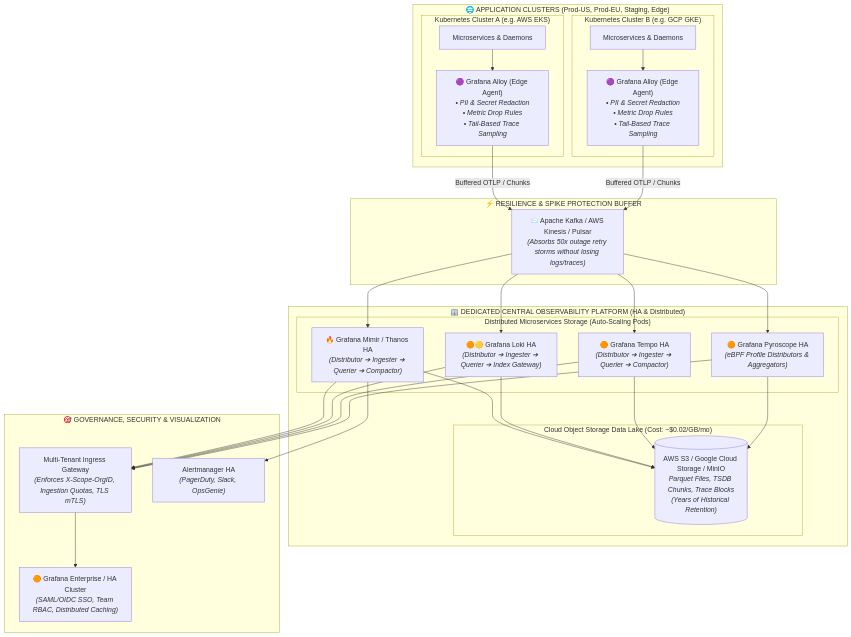
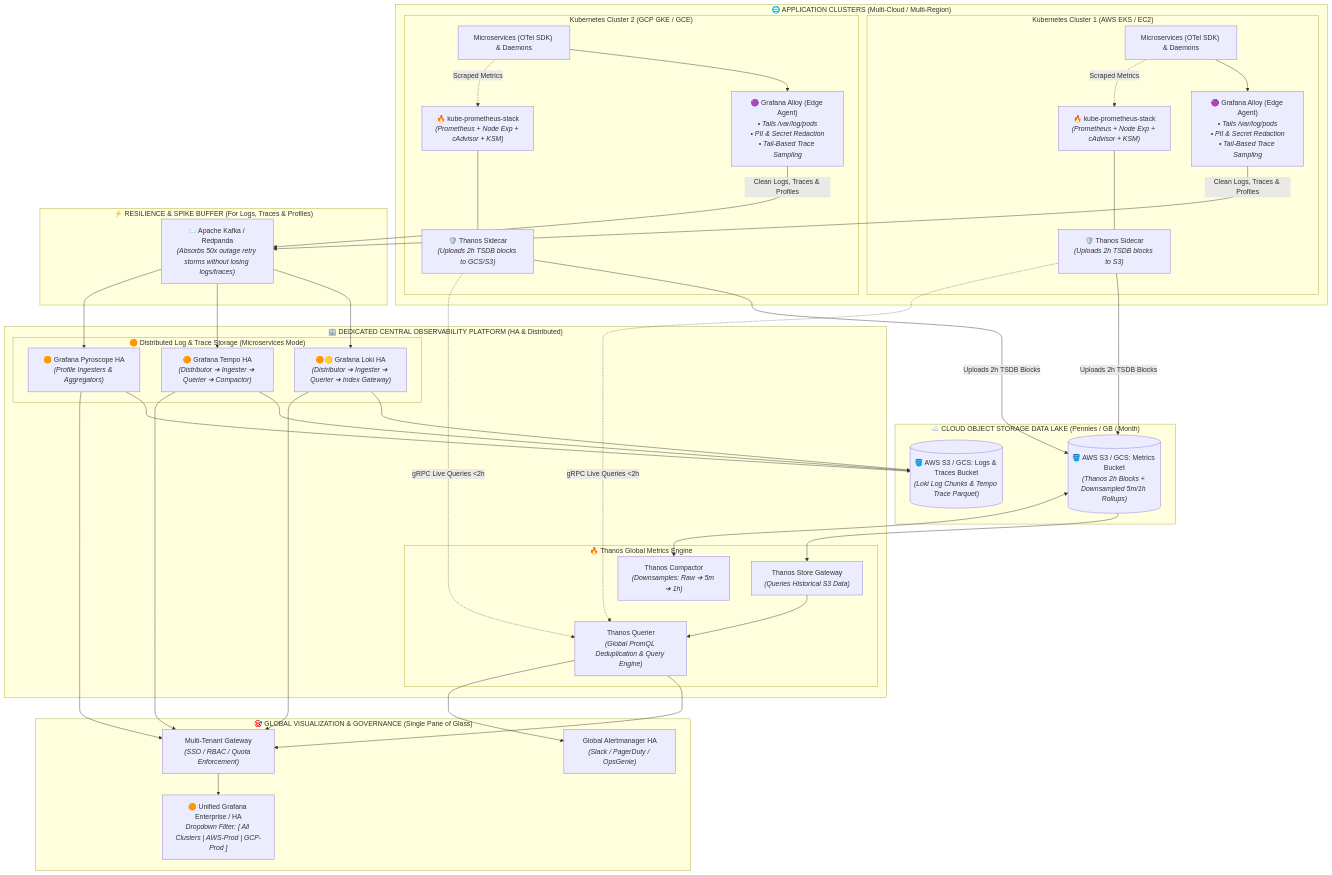
Before and after one commit to seang454/kubernete-aws-gcp: the second of 5 diagrams in observ-monitory/observability-architecture-guide.md, drawn with Mermaid. The commit also changed 1 other file, not shown here.

Commit message:
update new version

````diff
--- a/observ-monitory/observability-architecture-guide.md
+++ b/observ-monitory/observability-architecture-guide.md
@@ -108,63 +108,82 @@
 ```mermaid
 flowchart TD
-    subgraph EdgeClusters["🌐 APPLICATION CLUSTERS (Prod-US, Prod-EU, Staging, Edge)"]
-        subgraph Cluster1["Kubernetes Cluster A (e.g. AWS EKS)"]
-            app1["Microservices & Daemons"]
-            alloy1["🟣 Grafana Alloy (Edge Agent)<br><i>• PII & Secret Redaction<br>• Metric Drop Rules<br>• Tail-Based Trace Sampling</i>"]
+    subgraph EdgeClusters["🌐 APPLICATION CLUSTERS (Multi-Cloud / Multi-Region)"]
+        subgraph Cluster1["Kubernetes Cluster 1 (AWS EKS / EC2)"]
+            app1["Microservices (OTel SDK) & Daemons"]
+            kps1["🔥 kube-prometheus-stack<br><i>(Prometheus + Node Exp + cAdvisor + KSM)</i>"]
+            thanosSidecar1["🛡️ Thanos Sidecar<br><i>(Uploads 2h TSDB blocks to S3)</i>"]
+            alloy1["🟣 Grafana Alloy (Edge Agent)<br><i>• Tails /var/log/pods<br>• PII & Secret Redaction<br>• Tail-Based Trace Sampling</i>"]
+            
             app1 --> alloy1
+            app1 -.->|Scraped Metrics| kps1
+            kps1 --- thanosSidecar1
         end
 
-        subgraph Cluster2["Kubernetes Cluster B (e.g. GCP GKE)"]
-            app2["Microservices & Daemons"]
-            alloy2["🟣 Grafana Alloy (Edge Agent)<br><i>• PII & Secret Redaction<br>• Metric Drop Rules<br>• Tail-Based Trace Sampling</i>"]
+        subgraph Cluster2["Kubernetes Cluster 2 (GCP GKE / GCE)"]
+            app2["Microservices (OTel SDK) & Daemons"]
+            kps2["🔥 kube-prometheus-stack<br><i>(Prometheus + Node Exp + cAdvisor + KSM)</i>"]
+            thanosSidecar2["🛡️ Thanos Sidecar<br><i>(Uploads 2h TSDB blocks to GCS/S3)</i>"]
+            alloy2["🟣 Grafana Alloy (Edge Agent)<br><i>• Tails /var/log/pods<br>• PII & Secret Redaction<br>• Tail-Based Trace Sampling</i>"]
+            
             app2 --> alloy2
+            app2 -.->|Scraped Metrics| kps2
+            kps2 --- thanosSidecar2
         end
     end
 
-    subgraph StreamingBuffer["⚡ RESILIENCE & SPIKE PROTECTION BUFFER"]
-        kafka["📨 Apache Kafka / AWS Kinesis / Pulsar<br><i>(Absorbs 50x outage retry storms without losing logs/traces)</i>"]
-        alloy1 -->|Buffered OTLP / Chunks| kafka
-        alloy2 -->|Buffered OTLP / Chunks| kafka
+    subgraph StreamingBuffer["⚡ RESILIENCE & SPIKE BUFFER (For Logs, Traces & Profiles)"]
+        kafka["📨 Apache Kafka / Redpanda<br><i>(Absorbs 50x outage retry storms without losing logs/traces)</i>"]
+        alloy1 -->|Clean Logs, Traces & Profiles| kafka
+        alloy2 -->|Clean Logs, Traces & Profiles| kafka
+    end
+
+    subgraph ObjectStorage["☁️ CLOUD OBJECT STORAGE DATA LAKE (Pennies / GB / Month)"]
+        s3Metrics[("🪣 AWS S3 / GCS: Metrics Bucket<br><i>(Thanos 2h Blocks + Downsampled 5m/1h Rollups)</i>")]
+        s3LogsTraces[("🪣 AWS S3 / GCS: Logs & Traces Bucket<br><i>(Loki Log Chunks & Tempo Trace Parquet)</i>")]
     end
 
     subgraph CentralPlatform["🏢 DEDICATED CENTRAL OBSERVABILITY PLATFORM (HA & Distributed)"]
-        subgraph DistributedEngines["Distributed Microservices Storage (Auto-Scaling Pods)"]
-            distMimir["🔥 Grafana Mimir / Thanos HA<br><i>(Distributor ➔ Ingester ➔ Querier ➔ Compactor)</i>"]
+        subgraph ThanosStack["🔥 Thanos Global Metrics Engine"]
+            thanosQ["Thanos Querier<br><i>(Global PromQL Deduplication & Query Engine)</i>"]
+            thanosStore["Thanos Store Gateway<br><i>(Queries Historical S3 Data)</i>"]
+            thanosComp["Thanos Compactor<br><i>(Downsamples: Raw ➔ 5m ➔ 1h)</i>"]
+        end
+
+        subgraph DistributedEngines["🟠 Distributed Log & Trace Storage (Microservices Mode)"]
             distLoki["🟠🟡 Grafana Loki HA<br><i>(Distributor ➔ Ingester ➔ Querier ➔ Index Gateway)</i>"]
             distTempo["🟠 Grafana Tempo HA<br><i>(Distributor ➔ Ingester ➔ Querier ➔ Compactor)</i>"]
-            distPyro["🟠 Grafana Pyroscope HA<br><i>(eBPF Profile Distributors & Aggregators)</i>"]
-        end
-
-        subgraph ObjectStorageLake["Cloud Object Storage Data Lake (Cost: ~$0.02/GB/mo)"]
-            s3Lake[("AWS S3 / Google Cloud Storage / MinIO<br><i>Parquet Files, TSDB Chunks, Trace Blocks<br>(Years of Historical Retention)</i>")]
+            distPyro["🟠 Grafana Pyroscope HA<br><i>(Profile Ingesters & Aggregators)</i>"]
         end
     end
 
-    subgraph GlobalGovernance["🎯 GOVERNANCE, SECURITY & VISUALIZATION"]
-        gw["Multi-Tenant Ingress Gateway<br><i>(Enforces X-Scope-OrgID, Ingestion Quotas, TLS mTLS)</i>"]
-        grafanaHA["🟠 Grafana Enterprise / HA Cluster<br><i>(SAML/OIDC SSO, Team RBAC, Distributed Caching)</i>"]
-        alerts["Alertmanager HA<br><i>(PagerDuty, Slack, OpsGenie)</i>"]
+    subgraph GlobalUI["🎯 GLOBAL VISUALIZATION & GOVERNANCE (Single Pane of Glass)"]
+        gw["Multi-Tenant Gateway<br><i>(SSO / RBAC / Quota Enforcement)</i>"]
+        grafana["🟠 Unified Grafana Enterprise / HA<br><i>Dropdown Filter: [ All Clusters | AWS-Prod | GCP-Prod ]</i>"]
+        alerts["Global Alertmanager HA<br><i>(Slack / PagerDuty / OpsGenie)</i>"]
     end
 
-    %% Ingestion from Kafka into Engines
-    kafka --> distMimir
+    %% Metrics Flow (Thanos Sidecar -> S3 & Querier)
+    thanosSidecar1 -->|Uploads 2h TSDB Blocks| s3Metrics
+    thanosSidecar2 -->|Uploads 2h TSDB Blocks| s3Metrics
+    thanosSidecar1 -.->|gRPC Live Queries <2h| thanosQ
+    thanosSidecar2 -.->|gRPC Live Queries <2h| thanosQ
+    s3Metrics --> thanosStore
+    s3Metrics <--> thanosComp
+    thanosStore --> thanosQ
+
+    %% Logs & Traces Flows (Kafka -> Loki/Tempo/Pyroscope -> S3)
     kafka --> distLoki
     kafka --> distTempo
     kafka --> distPyro
+    distLoki --> s3LogsTraces
+    distTempo --> s3LogsTraces
+    distPyro --> s3LogsTraces
 
-    %% Engines store blocks in S3
-    distMimir --> s3Lake
-    distLoki --> s3Lake
-    distTempo --> s3Lake
-    distPyro --> s3Lake
-
-    %% Alerting
-    distMimir --> alerts
-
-    %% Reading through Multi-Tenant Gateway
-    distMimir --> gw
+    %% Global Queries into Grafana
+    thanosQ --> gw
     distLoki --> gw
     distTempo --> gw
     distPyro --> gw
-    gw --> grafanaHA
+    gw --> grafana
+    thanosQ --> alerts
 ```
````
